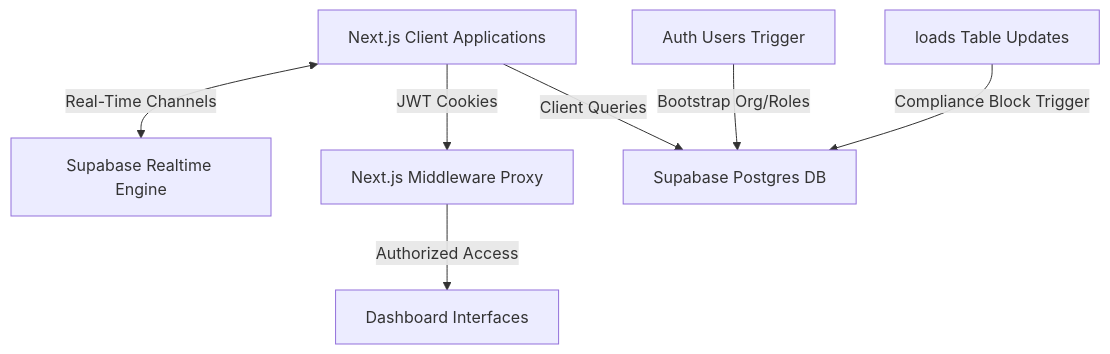
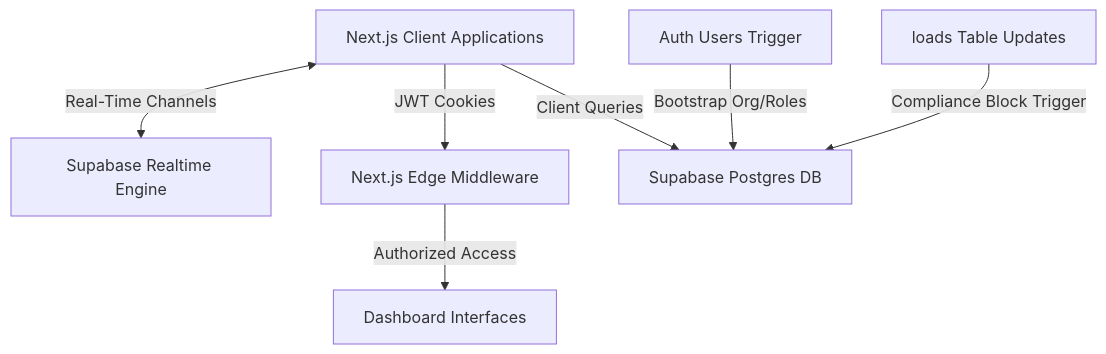
Before and after one commit to RahulMirji/Freight-Brokerage-Operations: the diagram in dev docs/architecture.md, drawn with Mermaid. The commit also changed other lines of this file and 5 other files, not shown here.

````diff
--- a/dev docs/architecture.md
+++ b/dev docs/architecture.md
@@ -9,9 +9,9 @@
 ```mermaid
 graph TD
     A[Next.js Client Applications] <-->|Real-Time Channels| B[Supabase Realtime Engine]
-    A -->|JWT Cookies| C[Next.js Middleware Proxy]
+    A -->|JWT Cookies| C[Next.js Edge Middleware]
     A -->|Client Queries| D[Supabase Postgres DB]
     C -->|Authorized Access| E[Dashboard Interfaces]
     F[Auth Users Trigger] -->|Bootstrap Org/Roles| D
     G[loads Table Updates] -->|Compliance Block Trigger| D
 ```
````
